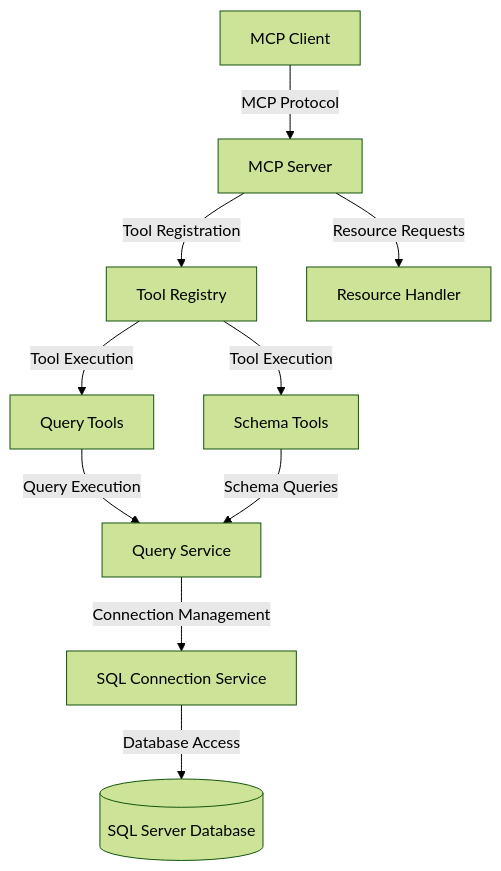
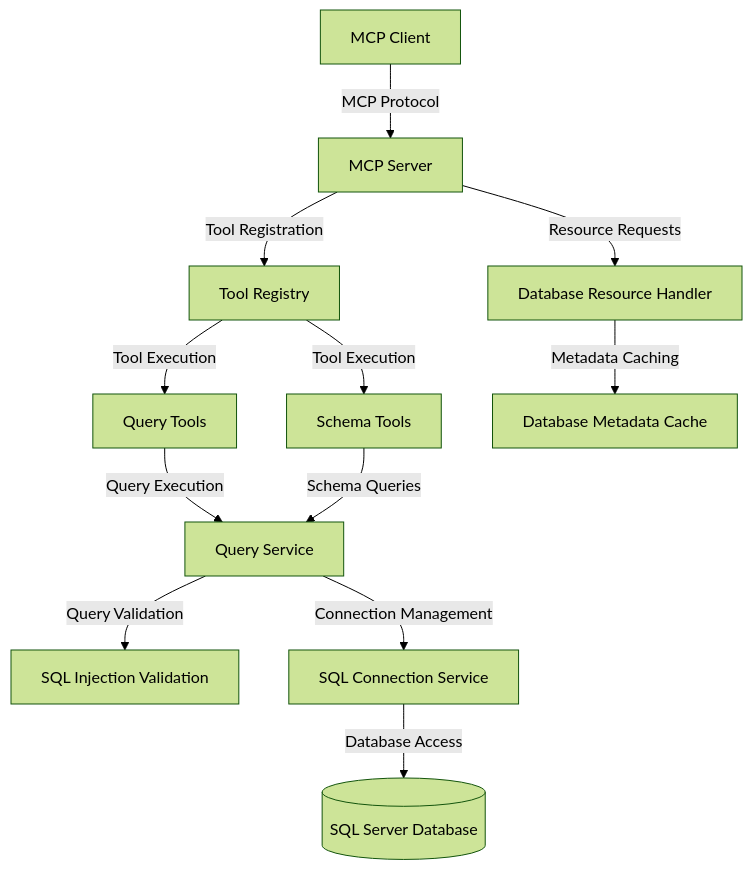
The first of 2 diagrams in Claude.md (Popplywop/mssql-mcp-server), drawn with Mermaid (forest theme) before and after one commit. The commit also changed other lines of this file and 1 other file, not shown here.

````diff
--- a/Claude.md
+++ b/Claude.md
@@ -18,12 +19,14 @@
 ```mermaid
 graph TD
     Client[MCP Client] -->|MCP Protocol| Server[MCP Server]
     Server -->|Tool Registration| ToolRegistry[Tool Registry]
-    Server -->|Resource Requests| ResourceHandler[Resource Handler]
+    Server -->|Resource Requests| ResourceHandler[Database Resource Handler]
     ToolRegistry -->|Tool Execution| QueryTool[Query Tools]
     ToolRegistry -->|Tool Execution| SchemaTool[Schema Tools]
     QueryTool -->|Query Execution| QueryService[Query Service]
     SchemaTool -->|Schema Queries| QueryService
+    QueryService -->|Query Validation| ValidationService[SQL Injection Validation]
     QueryService -->|Connection Management| ConnectionService[SQL Connection Service]
+    ResourceHandler -->|Metadata Caching| MetadataCache[Database Metadata Cache]
     ConnectionService -->|Database Access| Database[(SQL Server Database)]
 ```
````
